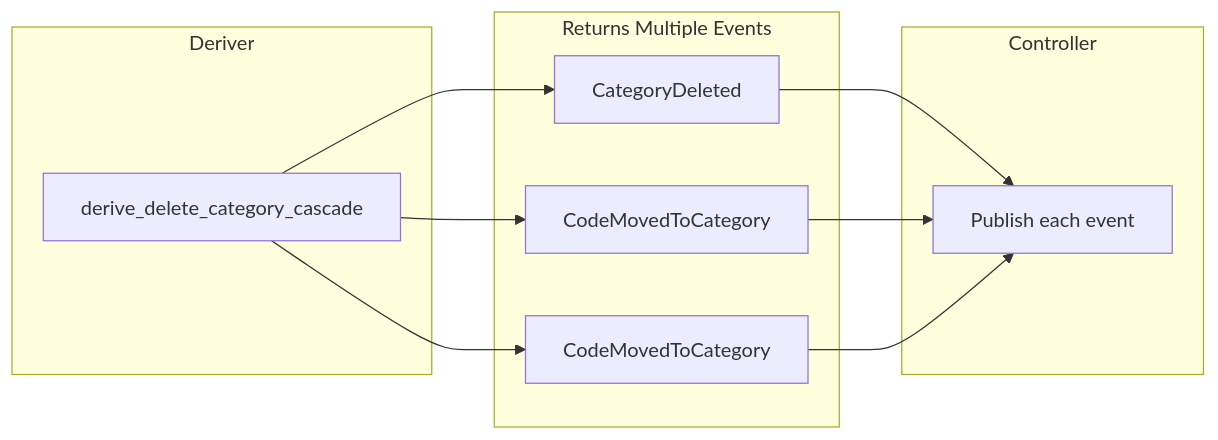
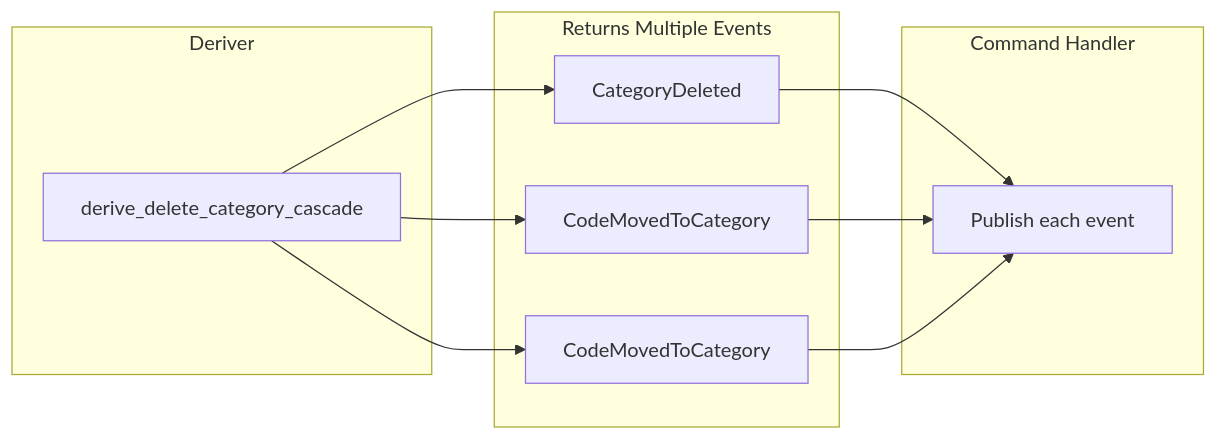
One commit to scope-impact/QualCoder-v2 changed the third of 5 diagrams in docs/tutorials/appendices/A-common-patterns.md. Above: the diagram before and after it, drawn with Mermaid. The commit also changed other lines of this file and 8 other files, not shown here.

First line of the commit message:
docs(tutorials): align onboarding with actual project architecture

````diff
--- a/docs/tutorials/appendices/A-common-patterns.md
+++ b/docs/tutorials/appendices/A-common-patterns.md
@@ -146,23 +146,23 @@
 ```mermaid
 flowchart LR
     subgraph Deriver
         D[derive_delete_category_cascade]
     end
 
     subgraph Events ["Returns Multiple Events"]
         E1[CategoryDeleted]
         E2[CodeMovedToCategory]
         E3[CodeMovedToCategory]
     end
 
-    subgraph Controller
+    subgraph CommandHandler ["Command Handler"]
         C[Publish each event]
     end
 
     D --> E1
     D --> E2
     D --> E3
     E1 --> C
     E2 --> C
     E3 --> C
 ```
````
